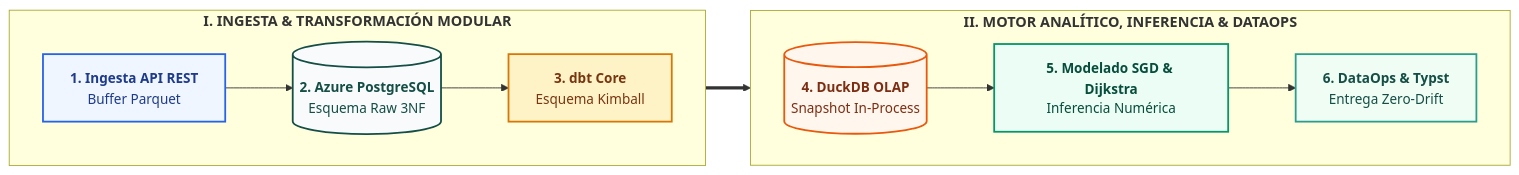
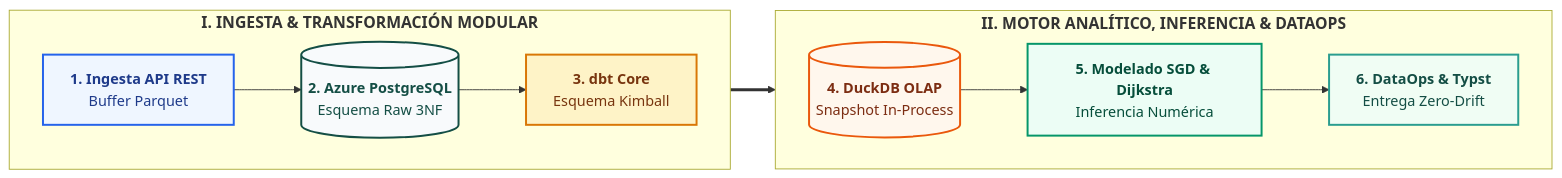
The diagram in typst/diagrams/pipeline_architecture.mmd (vect-maker/movigo-analytics), drawn with Mermaid before and after one commit. The commit also changed 8 other files, not shown here.

```diff
--- a/typst/diagrams/pipeline_architecture.mmd
+++ b/typst/diagrams/pipeline_architecture.mmd
@@ -1,37 +1,37 @@
 %% Diagrama Arquitectónico del Pipeline de Datos ELT y DataOps - MoviGo
 flowchart LR
     %% =========================================================================
     %% ESTILOS VISUALES Y CLASES
     %% =========================================================================
-    classDef default fill:#F8FAFC,stroke:#334155,stroke-width:1.8px,color:#0F172A,font-size:15px;
-    classDef p1 fill:#EFF6FF,stroke:#2563EB,stroke-width:2px,color:#1E3A8A,font-size:15px;
-    classDef p2 fill:#F8FAFC,stroke:#144E45,stroke-width:2px,color:#144E45,font-size:15px;
-    classDef p3 fill:#FEF3C7,stroke:#D97706,stroke-width:2px,color:#78350F,font-size:15px;
-    classDef p4 fill:#FFF7ED,stroke:#EA580C,stroke-width:2px,color:#7C2D12,font-size:15px;
-    classDef p5 fill:#ECFDF5,stroke:#059669,stroke-width:2px,color:#064E3B,font-size:15px;
-    classDef p6 fill:#F0FDF4,stroke:#2A9D8F,stroke-width:2px,color:#144E45,font-size:15px;
+    classDef default fill:#F8FAFC,stroke:#334155,stroke-width:2px,color:#0F172A,font-size:16px;
+    classDef p1 fill:#EFF6FF,stroke:#2563EB,stroke-width:2.2px,color:#1E3A8A,font-size:16px;
+    classDef p2 fill:#F8FAFC,stroke:#144E45,stroke-width:2.2px,color:#144E45,font-size:16px;
+    classDef p3 fill:#FEF3C7,stroke:#D97706,stroke-width:2.2px,color:#78350F,font-size:16px;
+    classDef p4 fill:#FFF7ED,stroke:#EA580C,stroke-width:2.2px,color:#7C2D12,font-size:16px;
+    classDef p5 fill:#ECFDF5,stroke:#059669,stroke-width:2.2px,color:#064E3B,font-size:16px;
+    classDef p6 fill:#F0FDF4,stroke:#2A9D8F,stroke-width:2.2px,color:#144E45,font-size:16px;
 
     %% =========================================================================
     %% BLOQUE I: INGESTA, ALMACÉN Y MODELADO KIMBALL
     %% =========================================================================
-    subgraph S1 ["<b style='font-size:16px;'>I. INGESTA & TRANSFORMACIÓN MODULAR</b>"]
+    subgraph S1 ["<b style='font-size:17.5px;'>I. INGESTA & TRANSFORMACIÓN MODULAR</b>"]
         direction LR
         P1["<b>1. Ingesta API REST</b><br/>Buffer Parquet"]:::p1
         P2[("<b>2. Azure PostgreSQL</b><br/>Esquema Raw 3NF")]:::p2
         P3["<b>3. dbt Core</b><br/>Esquema Kimball"]:::p3
         P1 --> P2 --> P3
     end
 
     %% =========================================================================
     %% BLOQUE II: MOTOR ANALÍTICO, INFERENCIA & DATAOPS
     %% =========================================================================
-    subgraph S2 ["<b style='font-size:16px;'>II. MOTOR ANALÍTICO, INFERENCIA & DATAOPS</b>"]
+    subgraph S2 ["<b style='font-size:17.5px;'>II. MOTOR ANALÍTICO, INFERENCIA & DATAOPS</b>"]
         direction LR
         P4[("<b>4. DuckDB OLAP</b><br/>Snapshot In-Process")]:::p4
         P5["<b>5. Modelado SGD & Dijkstra</b><br/>Inferencia Numérica"]:::p5
         P6["<b>6. DataOps & Typst</b><br/>Entrega Zero-Drift"]:::p6
         P4 --> P5 --> P6
     end
 
     %% CONEXIÓN INTER-BLOQUE
     S1 ==> S2
```
